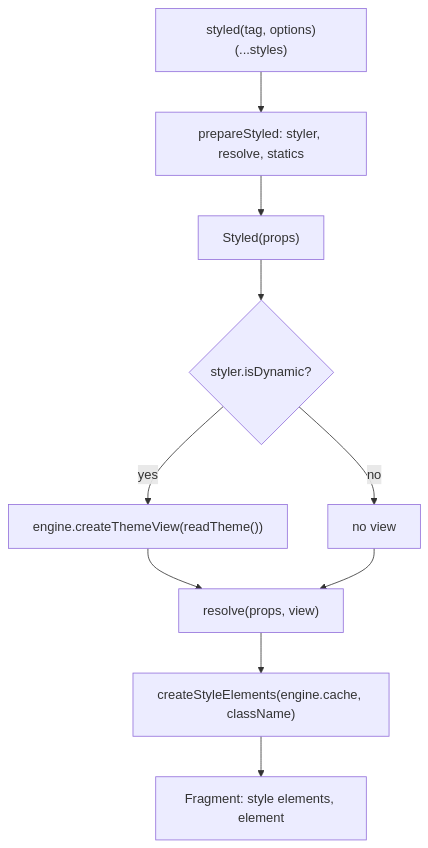
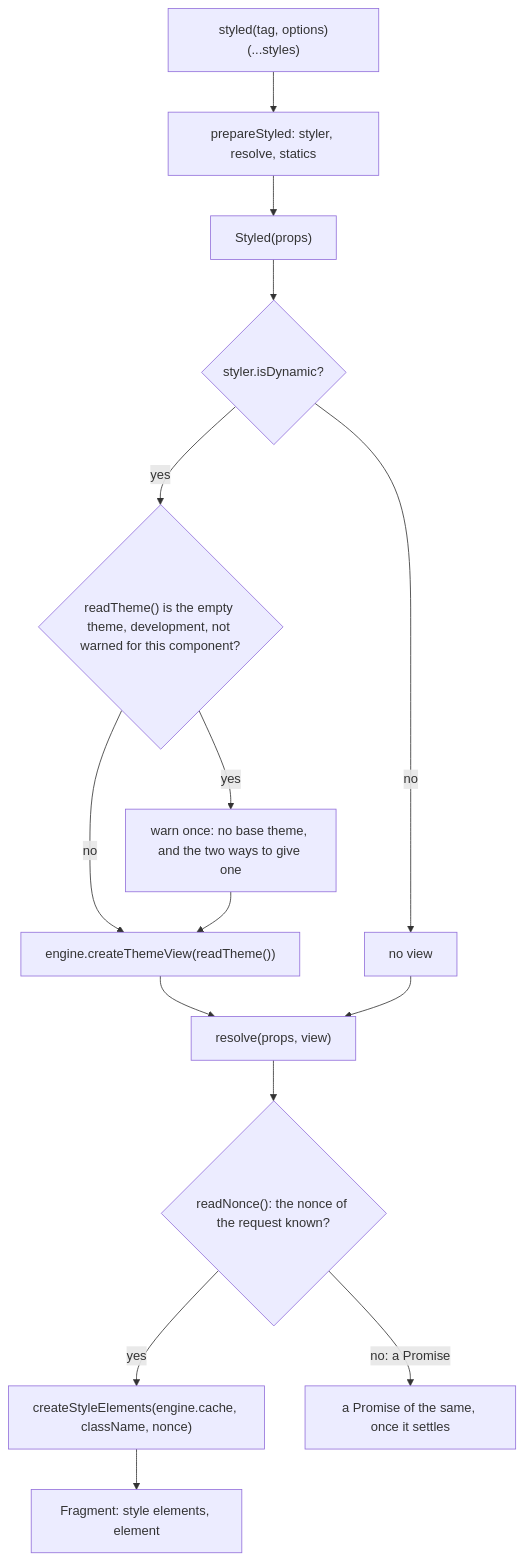
The diagram in packages/react/src/styled.server.md (soroush-tech/umber-style), drawn with Mermaid before and after one commit. The commit also changed other lines of this file and 124 other files, not shown here.

Commit message:
feat: a theme is recognised by its contents, server components take a nonce for each request, class names are read and written whole, three development checks, and the benchmark tools at soroush-bench 2.3.0 and bench-action 1.2.0 - close #61, close #62, close #63, close #64, close #65

````diff
--- a/packages/react/src/styled.server.md
+++ b/packages/react/src/styled.server.md
@@ -19,12 +19,17 @@
 ```mermaid
 flowchart TD
   call["styled(tag, options)(...styles)"] --> prep["prepareStyled: styler, resolve, statics"]
   prep --> render["Styled(props)"]
   render --> dyn{"styler.isDynamic?"}
-  dyn -->|yes| view["engine.createThemeView(readTheme())"]
+  dyn -->|yes| empty{"readTheme() is the empty theme, development, not warned for this component?"}
+  empty -->|yes| warnOnce["warn once: no base theme, and the two ways to give one"]
+  empty -->|no| view["engine.createThemeView(readTheme())"]
+  warnOnce --> view
   dyn -->|no| noview["no view"]
   view --> res["resolve(props, view)"]
   noview --> res
-  res --> els["createStyleElements(engine.cache, className)"]
+  res --> nonce{"readNonce(): the nonce of the request known?"}
+  nonce -->|yes| els["createStyleElements(engine.cache, className, nonce)"]
+  nonce -->|"no: a Promise"| later["a Promise of the same, once it settles"]
   els --> out["Fragment: style elements, element"]
 ```
````
